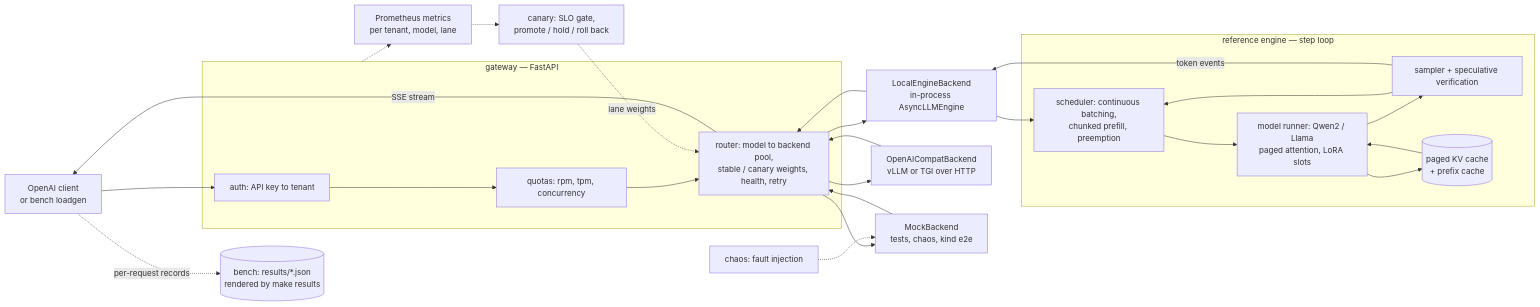
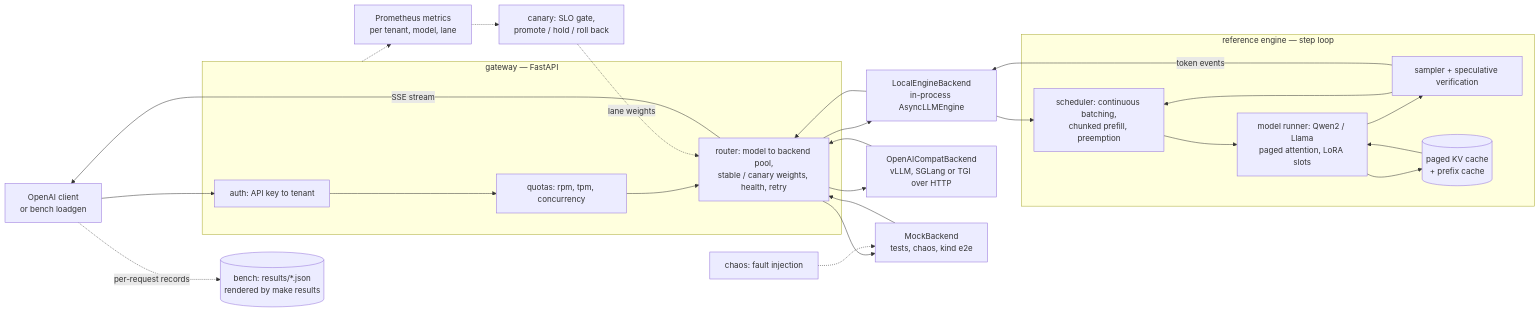
One commit to sripadha/turboserve changed the diagram in README.md. Above: the diagram before and after it, drawn with Mermaid. The commit also changed other lines of this file and 38 other files, not shown here.

````diff
--- a/README.md
+++ b/README.md
@@ -66,34 +70,34 @@
 ```mermaid
 flowchart LR
   client["OpenAI client<br/>or bench loadgen"] --> auth
 
   subgraph gw["gateway — FastAPI"]
     auth["auth: API key to tenant"] --> limits["quotas: rpm, tpm, concurrency"]
     limits --> router["router: model to backend pool,<br/>stable / canary weights, health, retry"]
   end
 
   router --> local["LocalEngineBackend<br/>in-process AsyncLLMEngine"]
-  router --> compat["OpenAICompatBackend<br/>vLLM or TGI over HTTP"]
+  router --> compat["OpenAICompatBackend<br/>vLLM, SGLang or TGI over HTTP"]
   router --> mock["MockBackend<br/>tests, chaos, kind e2e"]
 
   subgraph eng["reference engine — step loop"]
     sched["scheduler: continuous batching,<br/>chunked prefill, preemption"] --> runner["model runner: Qwen2 / Llama<br/>paged attention, LoRA slots"]
     runner --> sampler["sampler + speculative verification"]
     sampler --> sched
     runner --> kv[("paged KV cache<br/>+ prefix cache")]
     kv --> runner
   end
 
   local --> sched
   sampler -- "token events" --> local
   local --> router
   compat --> router
   mock --> router
   router -- "SSE stream" --> client
 
   gw -.-> metrics["Prometheus metrics<br/>per tenant, model, lane"]
   metrics -.-> canary["canary: SLO gate,<br/>promote / hold / roll back"]
   canary -. "lane weights" .-> router
   chaos["chaos: fault injection"] -.-> mock
   client -. "per-request records" .-> results[("bench: results/*.json<br/>rendered by make results")]
 ```
````
